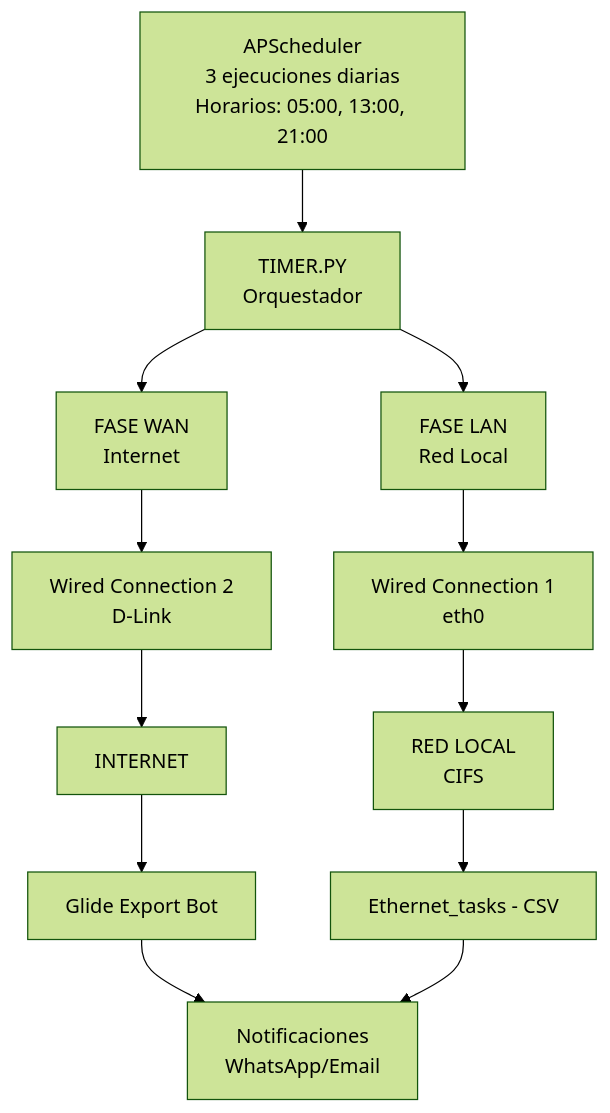
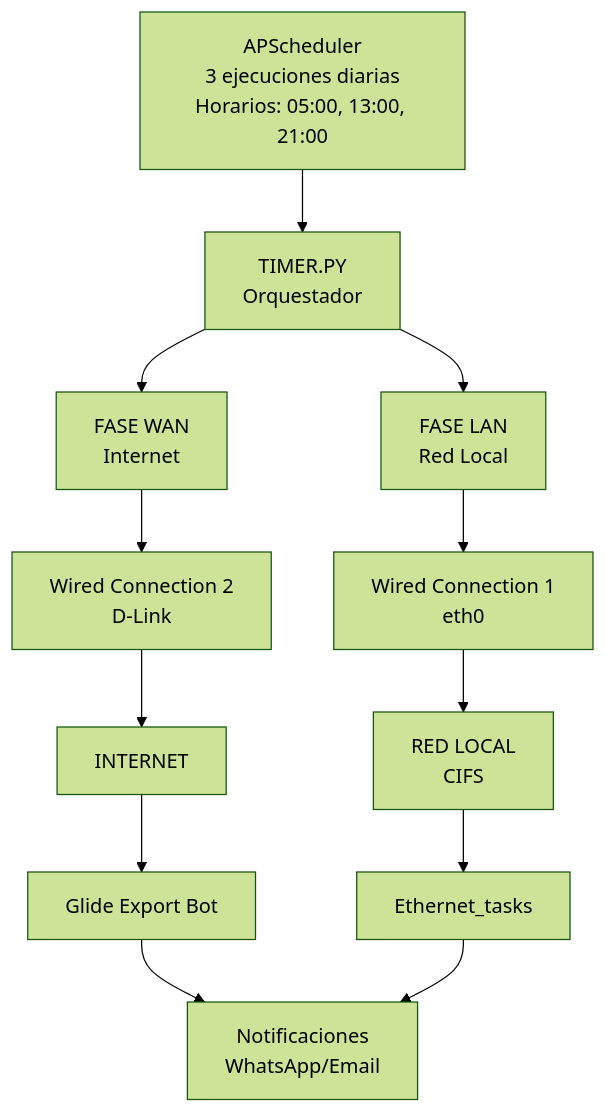
One commit to ebohorquez589/Prueba changed the first of 3 diagrams in README.md. Above: the diagram before and after it, drawn with Mermaid (forest theme).

````diff
--- a/README.md
+++ b/README.md
@@ -44,18 +44,18 @@
 ```mermaid
 graph TD
     B[APScheduler<br/>3 ejecuciones diarias<br/>Horarios: 05:00, 13:00, 21:00] --> A[TIMER.PY <br/>Orquestador]
     A --> C[FASE WAN<br/>Internet]
     A --> D[FASE LAN<br/>Red Local]
     
     C --> E[Wired Connection 2<br/>D-Link]
     D --> F[Wired Connection 1<br/>eth0]
     
     E --> G[INTERNET]
     F --> H[RED LOCAL <br/>CIFS]
     
     G --> I[Glide Export Bot]
-    H --> J[Ethernet_tasks - CSV]
+    H --> J[Ethernet_tasks]
     
     I --> K[Notificaciones<br/>WhatsApp/Email]
     J --> K
 ```
````
